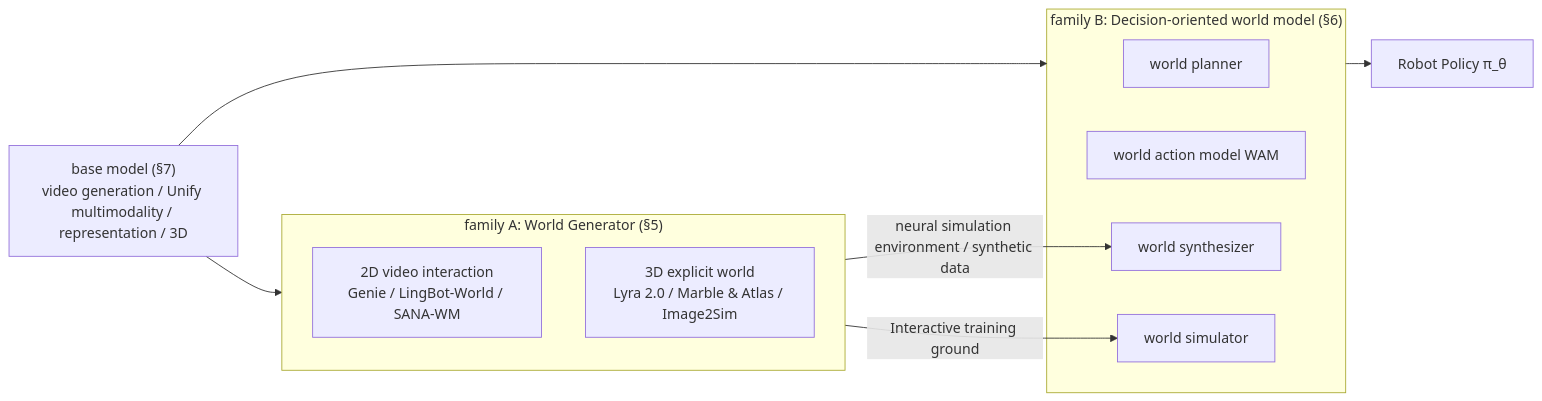
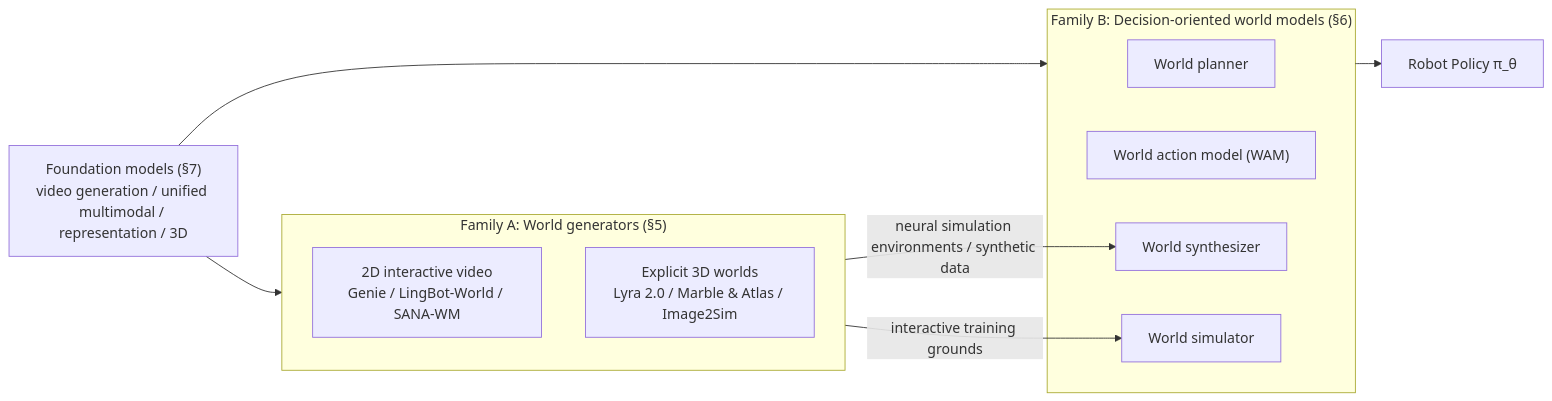
The first of 11 diagrams in _translations/en/research/World-Models-Survey.md (TingdeLiu/tingdeliu.github.io), drawn with Mermaid before and after one commit. The commit also changed other lines of this file and 51 other files, not shown here.

````diff
--- a/_translations/en/research/World-Models-Survey.md
+++ b/_translations/en/research/World-Models-Survey.md
@@ -99,18 +99,18 @@
 ```mermaid
 flowchart LR
-    FM["base model (§7)<br/>video generation / Unify multimodality / representation / 3D"] --> A
+    FM["Foundation models (§7)<br/>video generation / unified multimodal / representation / 3D"] --> A
     FM --> B
-    subgraph A["family A: World Generator (§5)"]
-        A1["2D video interaction<br/>Genie / LingBot-World / SANA-WM"]
-        A2["3D explicit world<br/>Lyra 2.0 / Marble & Atlas / Image2Sim"]
+    subgraph A["Family A: World generators (§5)"]
+        A1["2D interactive video<br/>Genie / LingBot-World / SANA-WM"]
+        A2["Explicit 3D worlds<br/>Lyra 2.0 / Marble & Atlas / Image2Sim"]
     end
-    subgraph B["family B: Decision-oriented world model (§6)"]
-        B1["world planner"]
-        B2["world action model WAM"]
-        B3["world synthesizer"]
-        B4["world simulator"]
+    subgraph B["Family B: Decision-oriented world models (§6)"]
+        B1["World planner"]
+        B2["World action model (WAM)"]
+        B3["World synthesizer"]
+        B4["World simulator"]
     end
-    A -->|"neural simulation environment / synthetic data"| B3
-    A -->|"Interactive training ground"| B4
+    A -->|"neural simulation environments / synthetic data"| B3
+    A -->|"interactive training grounds"| B4
     B --> Policy["Robot Policy π_θ"]
 ```
````
